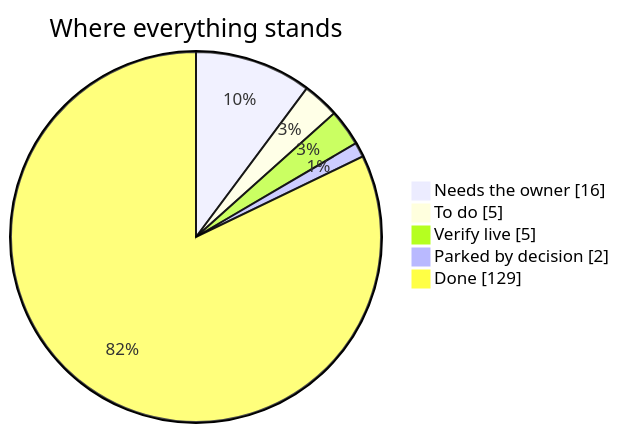
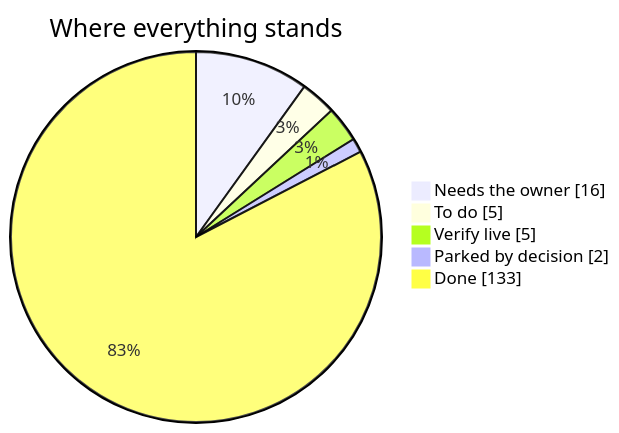
Before and after one commit to divitkej/gradlink: the diagram in launch-board/README.md, drawn with Mermaid. The commit also changed other lines of this file and 4 other files, not shown here.

````diff
--- a/launch-board/README.md
+++ b/launch-board/README.md
@@ -11,9 +11,9 @@
 ```mermaid
 pie showData
   title Where everything stands
   "Needs the owner" : 16
   "To do" : 5
   "Verify live" : 5
   "Parked by decision" : 2
-  "Done" : 129
+  "Done" : 133
 ```
````
